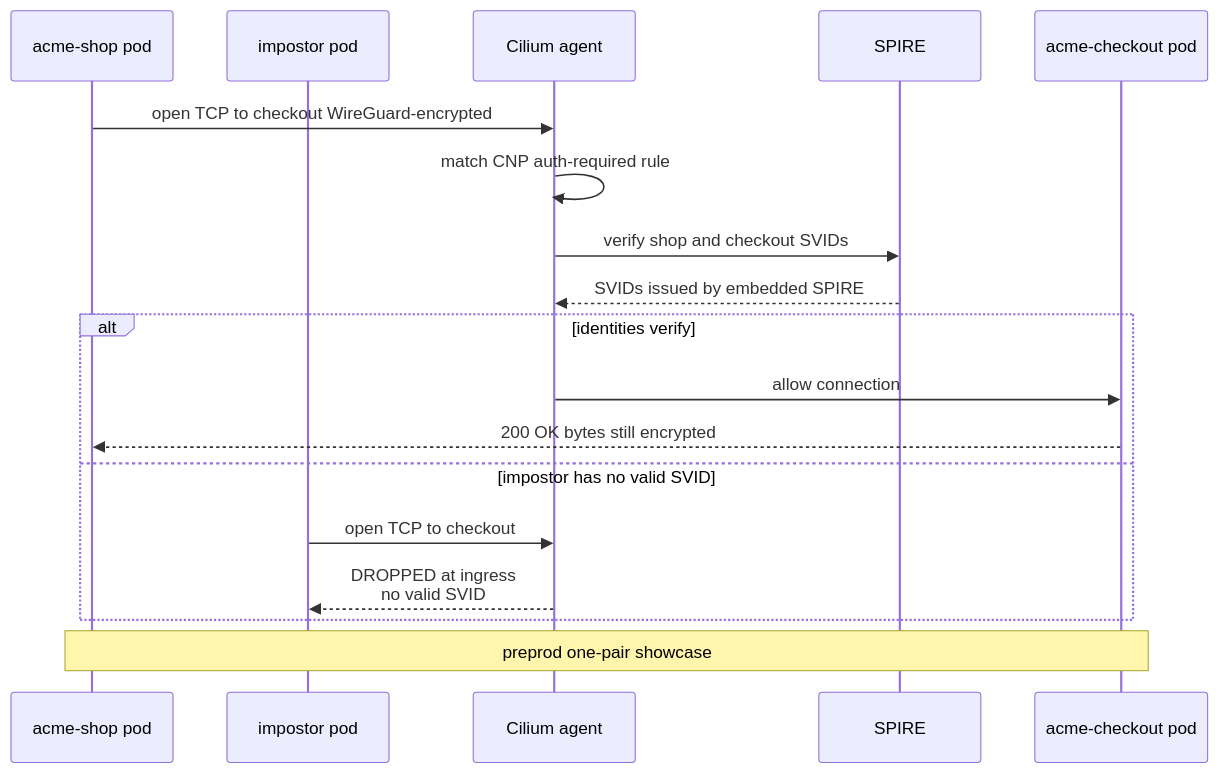
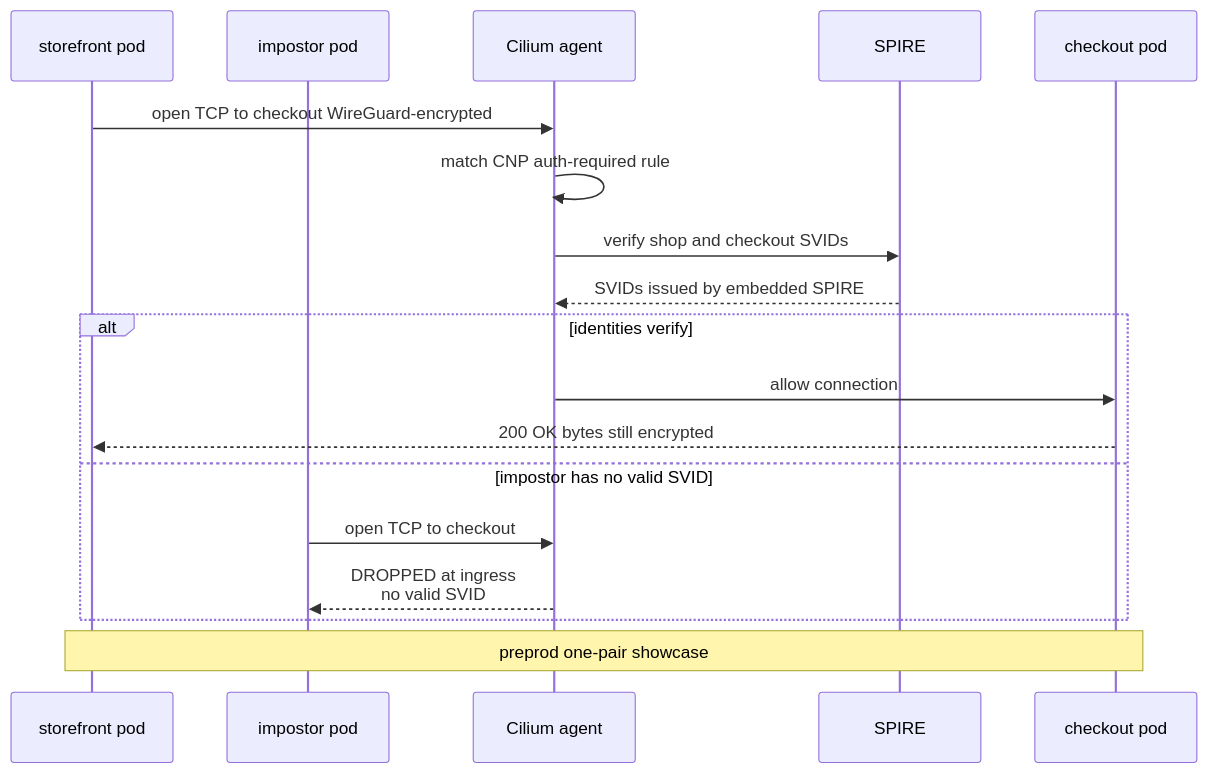
The diagram in docs/learn/runtime-security/deep-dive-east-west-zero-trust.md (asanexample/platform), drawn with Mermaid before and after one commit. The commit also changed other lines of this file and 48 other files, not shown here.

````diff
--- a/docs/learn/runtime-security/deep-dive-east-west-zero-trust.md
+++ b/docs/learn/runtime-security/deep-dive-east-west-zero-trust.md
@@ -157,20 +157,20 @@
 ```mermaid
 sequenceDiagram
-    participant Shop as acme-shop pod
+    participant Shop as storefront pod
     participant Imp as impostor pod
     participant Cil as Cilium agent
     participant SP as SPIRE
-    participant Chk as acme-checkout pod
+    participant Chk as checkout pod
     Shop->>Cil: open TCP to checkout WireGuard-encrypted
     Cil->>Cil: match CNP auth-required rule
     Cil->>SP: verify shop and checkout SVIDs
     SP-->>Cil: SVIDs issued by embedded SPIRE
     alt identities verify
         Cil->>Chk: allow connection
         Chk-->>Shop: 200 OK bytes still encrypted
     else impostor has no valid SVID
         Imp->>Cil: open TCP to checkout
         Cil-->>Imp: DROPPED at ingress<br/>no valid SVID
     end
     Note over Shop,Chk: preprod one-pair showcase
 ```
````
